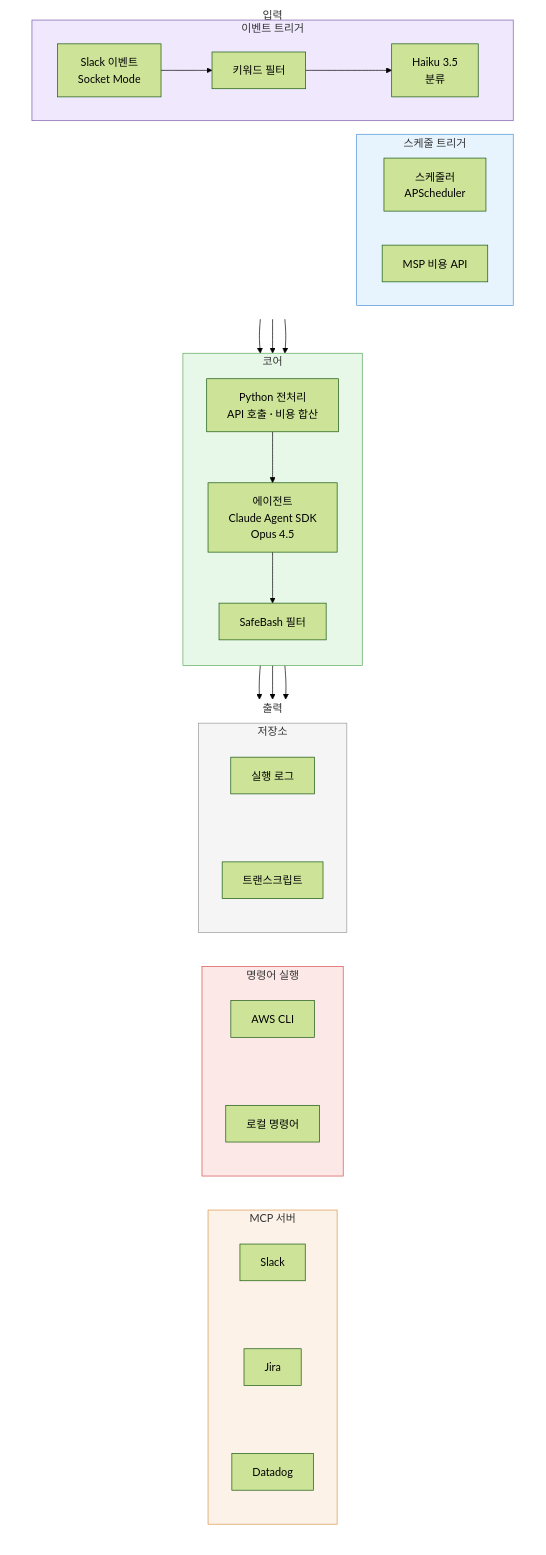
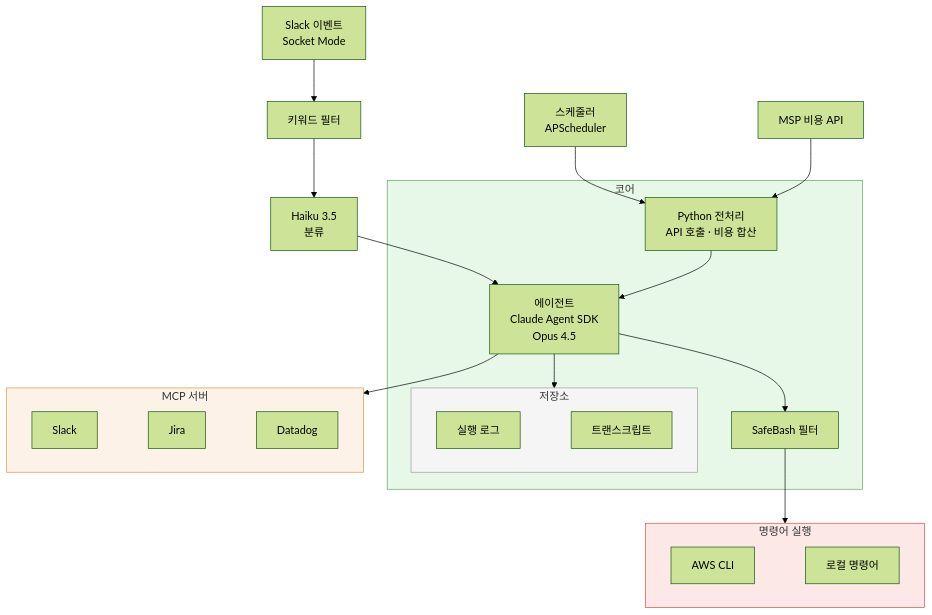
One commit to kimduksoo/duksoo-tech-blog changed the first of 3 diagrams in content/ai/ai-infra-automation.md. Above: the diagram before and after it, drawn with Mermaid (forest theme).

Commit message:
시스템 개요 수직 레이아웃 단순화, 저장소 코어 내부로 이동

````diff
--- a/content/ai/ai-infra-automation.md
+++ b/content/ai/ai-infra-automation.md
@@ -26,50 +26,31 @@
 ```mermaid
 flowchart TB
-    subgraph 입력
-        direction LR
-        subgraph 스케줄["스케줄 트리거"]
-            Cron[스케줄러<br/>APScheduler]
-            MSP[MSP 비용 API]
-        end
-        subgraph 이벤트["이벤트 트리거"]
-            Event[Slack 이벤트<br/>Socket Mode]
-            KW[키워드 필터]
-            Haiku[Haiku 3.5<br/>분류]
-        end
-    end
+    Cron[스케줄러<br/>APScheduler] --> Pre
+    MSP[MSP 비용 API] --> Pre
+    Event[Slack 이벤트<br/>Socket Mode] --> KW[키워드 필터] --> Haiku[Haiku 3.5<br/>분류] --> Agent
 
     subgraph 코어
-        direction TB
         Pre[Python 전처리<br/>API 호출 · 비용 합산] --> Agent[에이전트<br/>Claude Agent SDK<br/>Opus 4.5]
         Agent --> Safe[SafeBash 필터]
-    end
-
-    subgraph 출력
-        direction LR
-        subgraph MCP[MCP 서버]
-            S[Slack] ~~~ J[Jira] ~~~ D[Datadog]
-        end
-        subgraph CLI[명령어 실행]
-            AWS[AWS CLI] ~~~ Local[로컬 명령어]
-        end
         subgraph 저장소
             Log[실행 로그] ~~~ Transcript[트랜스크립트]
         end
+        Agent --> 저장소
     end
 
-    Cron --> Pre
-    MSP --> Pre
-    Event --> KW --> Haiku --> Agent
+    subgraph MCP[MCP 서버]
+        S[Slack] ~~~ J[Jira] ~~~ D[Datadog]
+    end
+
+    subgraph CLI[명령어 실행]
+        AWS[AWS CLI] ~~~ Local[로컬 명령어]
+    end
+
     Safe --> CLI
     Agent --> MCP
-    Agent --> 저장소
 
-    style 입력 fill:none,stroke:none
-    style 스케줄 fill:#e8f4fd,stroke:#4a90d9
-    style 이벤트 fill:#f0e8fd,stroke:#7b5ba8
     style 코어 fill:#e8f8e8,stroke:#5ba85b
-    style 출력 fill:none,stroke:none
+    style 저장소 fill:#f5f5f5,stroke:#999999
     style MCP fill:#fdf2e8,stroke:#d9964a
     style CLI fill:#fde8e8,stroke:#d94a4a
-    style 저장소 fill:#f5f5f5,stroke:#999999
 ```
````
